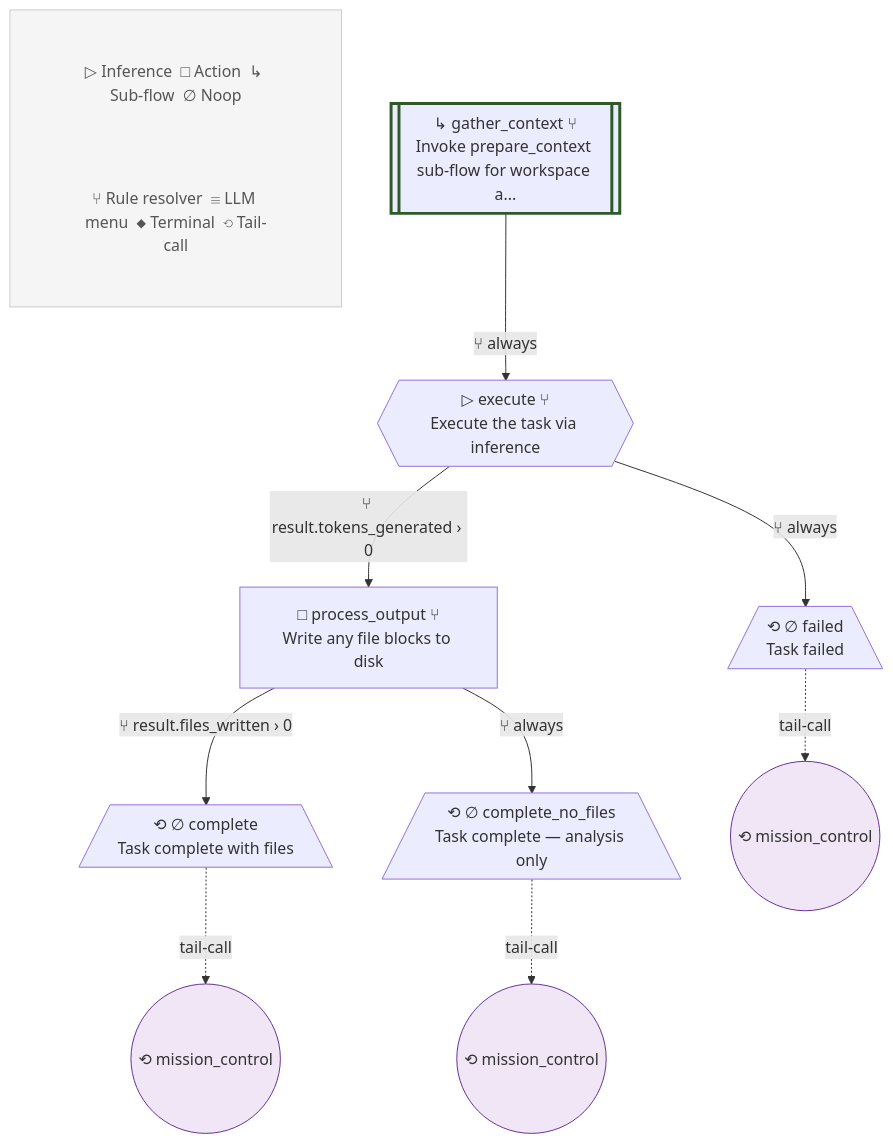
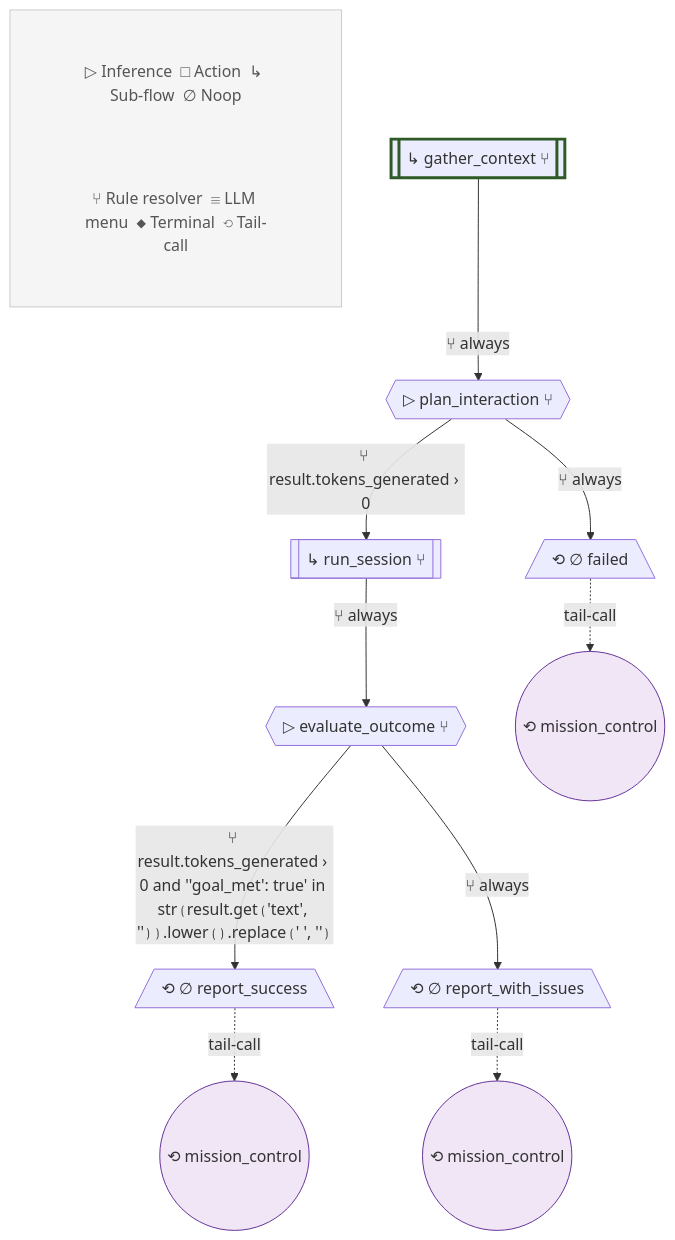
One commit to lah-rb/ouroboros changed the eighth of 20 diagrams in blueprint.md. Above: the diagram before and after it, drawn with Mermaid. The commit also changed other lines of this file and 207 other files, not shown here.

````diff
--- a/blueprint.md
+++ b/blueprint.md
@@ -684,37 +798,39 @@
 ```mermaid
 flowchart TD
-    %% explore_spike v2
+    %% interact v2
 
     subgraph Legend[" "]
         L1["▷ Inference  □ Action  ↳ Sub-flow  ∅ Noop"]
         L2["⑂ Rule resolver  ☰ LLM menu  ◆ Terminal  ⟲ Tail-call"]
     end
     style Legend fill:#f5f5f5,stroke:#ccc,stroke-width:1px
     style L1 fill:#f5f5f5,stroke:none,color:#555
     style L2 fill:#f5f5f5,stroke:none,color:#555
 
-    gather_context[["↳ gather_context ⑂\nInvoke prepare_context sub-flow for workspace a..."]]
-    execute{{"▷ execute ⑂\nExecute the task via inference"}}
-    process_output["□ process_output ⑂\nWrite any file blocks to disk"]
-    complete[/"⟲ ∅ complete\nTask complete with files"\]
-    complete_no_files[/"⟲ ∅ complete_no_files\nTask complete — analysis only"\]
-    failed[/"⟲ ∅ failed\nTask failed"\]
+    gather_context[["↳ gather_context ⑂"]]
+    plan_interaction{{"▷ plan_interaction ⑂"}}
+    run_session[["↳ run_session ⑂"]]
+    evaluate_outcome{{"▷ evaluate_outcome ⑂"}}
+    report_success[/"⟲ ∅ report_success"\]
+    report_with_issues[/"⟲ ∅ report_with_issues"\]
+    failed[/"⟲ ∅ failed"\]
 
     style gather_context stroke-width:3px,stroke:#2d5a27
 
-    gather_context -->|⑂ always| execute
-    execute -->|⑂ result.tokens_generated › 0| process_output
-    execute -->|⑂ always| failed
-    process_output -->|⑂ result.files_written › 0| complete
-    process_output -->|⑂ always| complete_no_files
-    tc_complete(("⟲ mission_control"))
-    style tc_complete fill:#f0e6f6,stroke:#663399
-    complete -.->|tail-call| tc_complete
-    tc_complete_no_files(("⟲ mission_control"))
-    style tc_complete_no_files fill:#f0e6f6,stroke:#663399
-    complete_no_files -.->|tail-call| tc_complete_no_files
+    gather_context -->|⑂ always| plan_interaction
+    plan_interaction -->|⑂ result.tokens_generated › 0| run_session
+    plan_interaction -->|⑂ always| failed
+    run_session -->|⑂ always| evaluate_outcome
+    evaluate_outcome -->|⑂ result.tokens_generated › 0 and ''goal_met': true' in str⟮result.get⟮'text', ''⟯⟯.lower⟮⟯.replace⟮' ', ''⟯| report_success
+    evaluate_outcome -->|⑂ always| report_with_issues
+    tc_report_success(("⟲ mission_control"))
+    style tc_report_success fill:#f0e6f6,stroke:#663399
+    report_success -.->|tail-call| tc_report_success
+    tc_report_with_issues(("⟲ mission_control"))
+    style tc_report_with_issues fill:#f0e6f6,stroke:#663399
+    report_with_issues -.->|tail-call| tc_report_with_issues
     tc_failed(("⟲ mission_control"))
     style tc_failed fill:#f0e6f6,stroke:#663399
     failed -.->|tail-call| tc_failed
 
 ```
````
